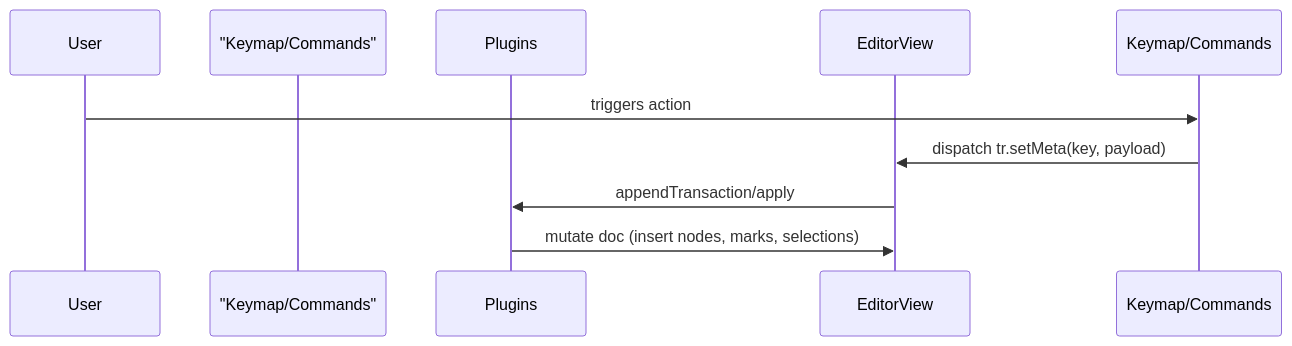
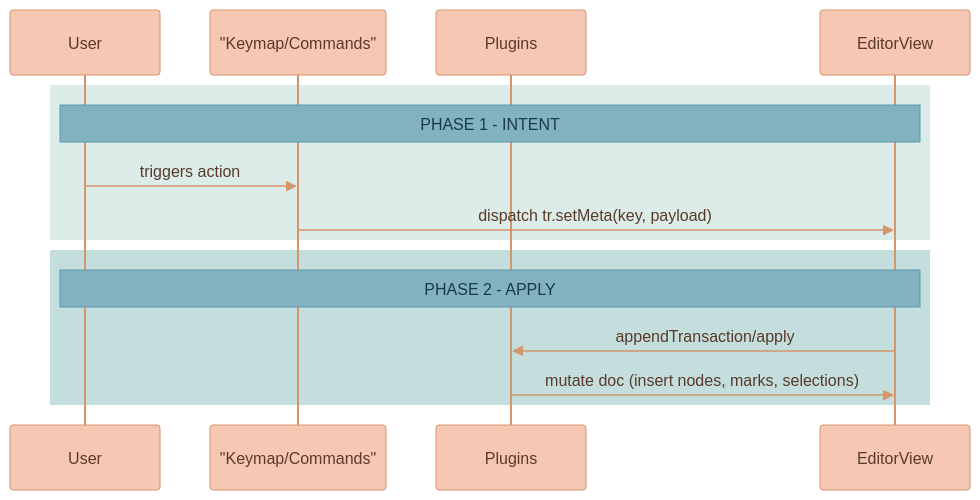
The third of 8 diagrams in services/web-ui/src/components/proseMirror/README.md (Lixpi/lixpi), drawn with Mermaid before and after one commit. The commit also changed other lines of this file and 27 other files, not shown here.

````diff
--- a/services/web-ui/src/components/proseMirror/README.md
+++ b/services/web-ui/src/components/proseMirror/README.md
@@ -111,12 +104,24 @@
 ```mermaid
+%%{init: {'theme': 'base', 'themeVariables': { 'noteBkgColor': '#82B2C0', 'noteTextColor': '#1a3a47', 'noteBorderColor': '#5a9aad', 'actorBkg': '#F6C7B3', 'actorBorder': '#d4956a', 'actorTextColor': '#5a3a2a', 'actorLineColor': '#d4956a', 'signalColor': '#d4956a', 'signalTextColor': '#5a3a2a', 'labelBoxBkgColor': '#F6C7B3', 'labelBoxBorderColor': '#d4956a', 'labelTextColor': '#5a3a2a', 'loopTextColor': '#5a3a2a', 'activationBorderColor': '#d4956a', 'activationBkgColor': '#C3DEDD', 'sequenceNumberColor': '#5a3a2a'}}}%%
 sequenceDiagram
   participant User
   participant KeymapCommands as "Keymap/Commands"
   participant Plugins
   participant EditorView
-
-  User->>Keymap/Commands: triggers action
-  Keymap/Commands->>EditorView: dispatch tr.setMeta(key, payload)
-  EditorView->>Plugins: appendTransaction/apply
-  Plugins->>EditorView: mutate doc (insert nodes, marks, selections)
+  %% ═══════════════════════════════════════════════════════════════
+  %% PHASE 1: INTENT
+  %% ═══════════════════════════════════════════════════════════════
+  rect rgb(220, 236, 233)
+      Note over User, EditorView: PHASE 1 - INTENT
+      User->>KeymapCommands: triggers action
+      KeymapCommands->>EditorView: dispatch tr.setMeta(key, payload)
+  end
+  %% ═══════════════════════════════════════════════════════════════
+  %% PHASE 2: APPLY
+  %% ═══════════════════════════════════════════════════════════════
+  rect rgb(195, 222, 221)
+      Note over User, EditorView: PHASE 2 - APPLY
+      EditorView->>Plugins: appendTransaction/apply
+      Plugins->>EditorView: mutate doc (insert nodes, marks, selections)
+  end
 ```
````
